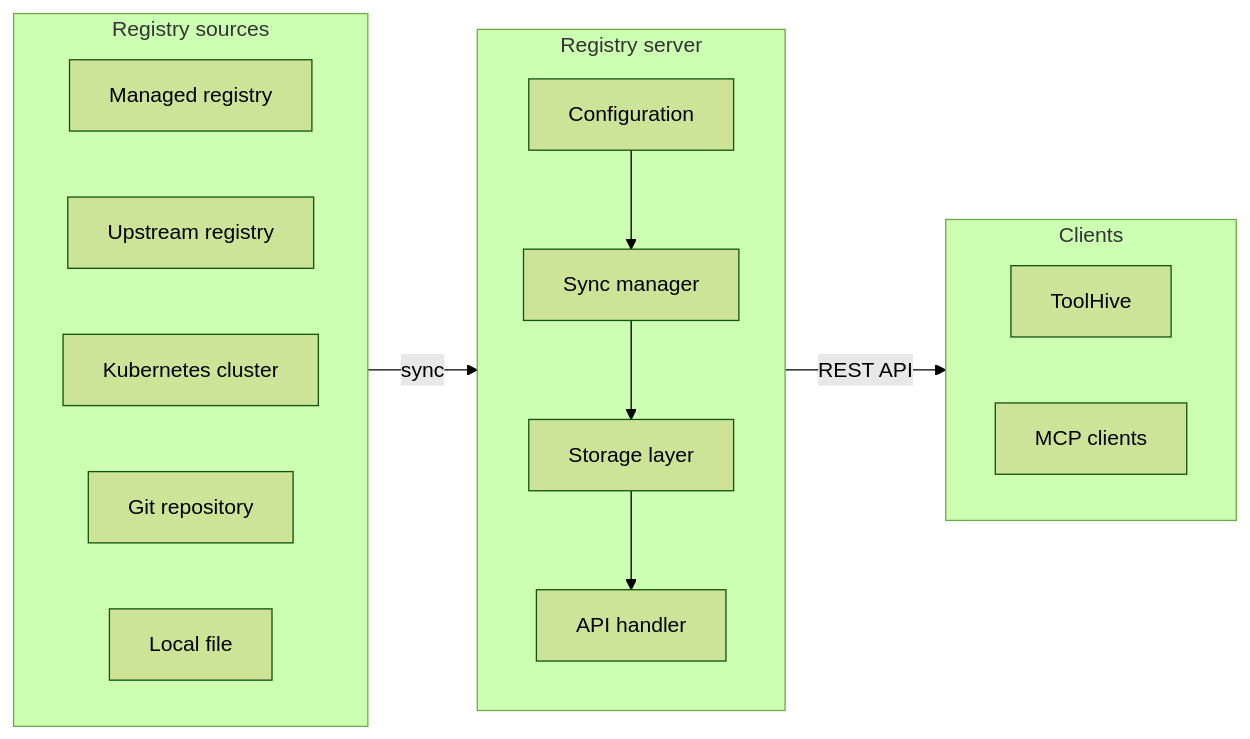
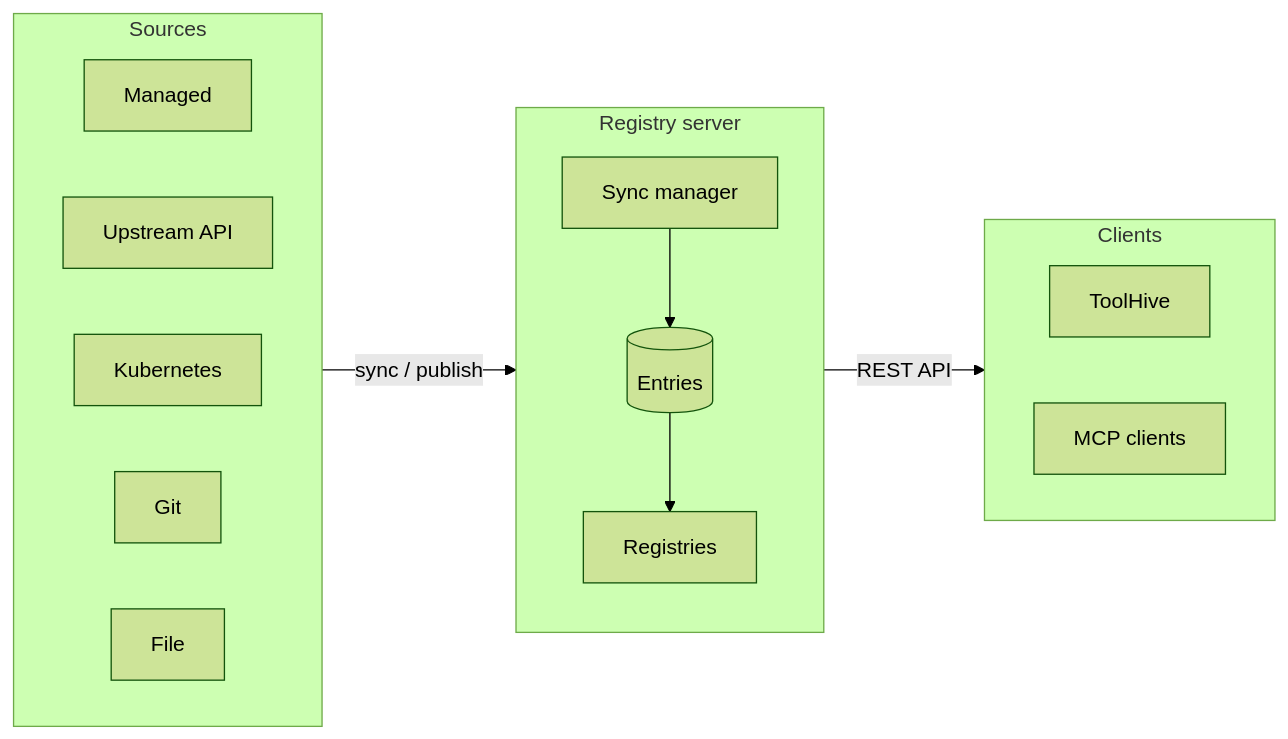
The diagram in docs/toolhive/guides-registry/intro.mdx (stacklok/docs-website), drawn with Mermaid (forest theme) before and after one commit. The commit also changed other lines of this file and 13 other files, not shown here.

First line of the commit message:
Part 2: Update Registry Server docs for v1.0.0–v1.1.0 (#683)

````diff
--- a/docs/toolhive/guides-registry/intro.mdx
+++ b/docs/toolhive/guides-registry/intro.mdx
@@ -36,28 +51,26 @@
 ```mermaid
 flowchart LR
-  subgraph Sources["Registry sources"]
+  subgraph Sources["Sources"]
     direction LR
-    Managed["Managed registry"]
-    API["Upstream registry"]
-    Kubernetes["Kubernetes cluster"]
-    Git["Git repository"]
-    File["Local file"]
+    Managed["Managed"]
+    API["Upstream API"]
+    Kubernetes["Kubernetes"]
+    Git["Git"]
+    File["File"]
   end
   subgraph Server["Registry server"]
     direction TB
-    Config["Configuration"]
     Sync["Sync manager"]
-    Storage["Storage layer"]
-    APIHandler["API handler"]
+    Entries[("Entries")]
+    Registries["Registries"]
   end
   subgraph Clients["Clients"]
     direction LR
     ToolHive["ToolHive"]
     MCPClient["MCP clients"]
   end
-  Sources -->|sync| Server
-  Config --> Sync
-  Sync --> Storage
-  Storage --> APIHandler
-  Server -->|REST API| Clients
+  Sources -->|"sync / publish"| Sync
+  Sync --> Entries
+  Entries --> Registries
+  Registries -->|"REST API"| Clients
 ```
````
